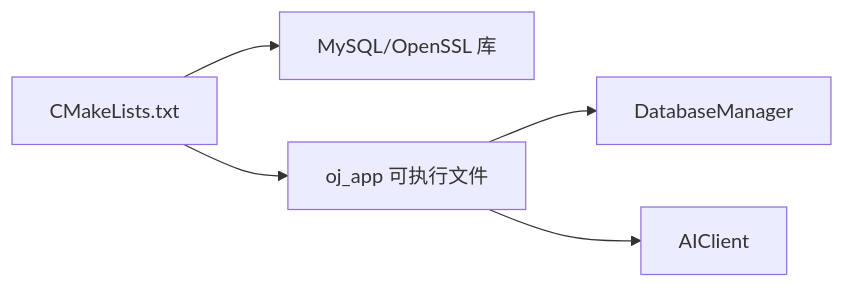
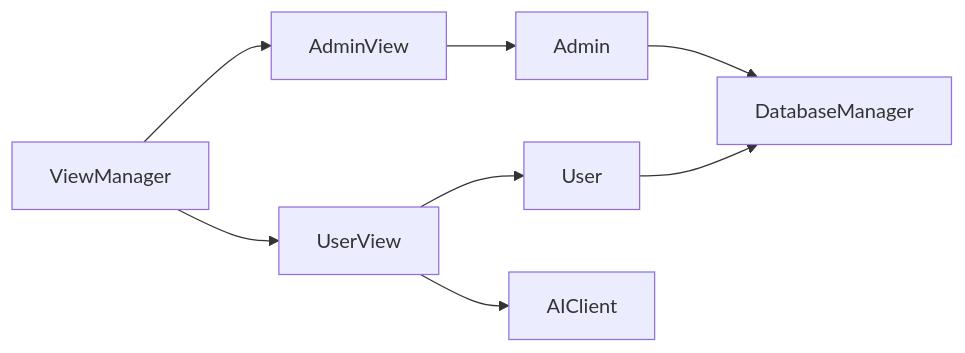
Before and after one commit to jinpeng900/OJ-Test: the seventh of 7 diagrams in .qoder/repowiki/zh/content/系统架构设计/系统架构设计.md, drawn with Mermaid. The commit also changed other lines of this file and 147 other files, not shown here.

````diff
--- a/.qoder/repowiki/zh/content/系统架构设计/系统架构设计.md
+++ b/.qoder/repowiki/zh/content/系统架构设计/系统架构设计.md
@@ -331,7 +379,10 @@
 ```mermaid
 graph LR
-CMake["CMakeLists.txt"] --> Libs["MySQL/OpenSSL 库"]
-CMake --> Exec["oj_app 可执行文件"]
-Exec --> DB["DatabaseManager"]
-Exec --> AI["AIClient"]
+VM["ViewManager"] --> AV["AdminView"]
+VM --> UV["UserView"]
+AV --> ADM["Admin"]
+UV --> USR["User"]
+ADM --> DB["DatabaseManager"]
+USR --> DB
+UV --> AI["AIClient"]
 ```
````
